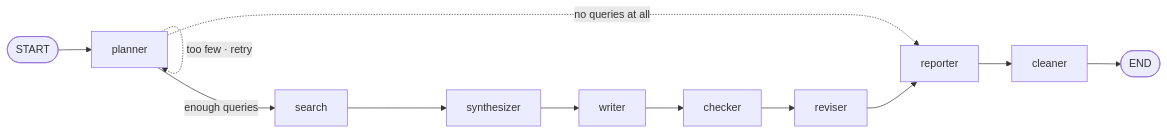
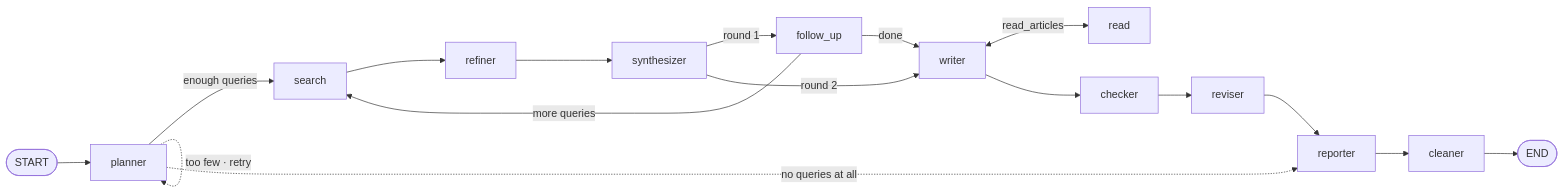
One commit to rocknroll17/langgraph_news_agent changed the diagram in README.md. Above: the diagram before and after it, drawn with Mermaid. The commit also changed other lines of this file and 29 other files, not shown here.

````diff
--- a/README.md
+++ b/README.md
@@ -48,14 +62,19 @@
 ```mermaid
 flowchart LR
     ST([START]) --> P[planner]
     P -->|enough queries| S[search]
     P -.->|too few · retry| P
     P -.->|no queries at all| RP
-    S --> SY[synthesizer]
-    SY --> W[writer]
+    S --> RF[refiner]
+    RF --> SY[synthesizer]
+    SY -->|round 1| FU[follow_up]
+    SY -->|round 2| W
+    FU -->|more queries| S
+    FU -->|done| W[writer]
+    W <-->|read_articles| RD[read]
     W --> C[checker]
     C --> R[reviser]
     R --> RP[reporter]
     RP --> CL[cleaner]
     CL --> E([END])
 ```
````
